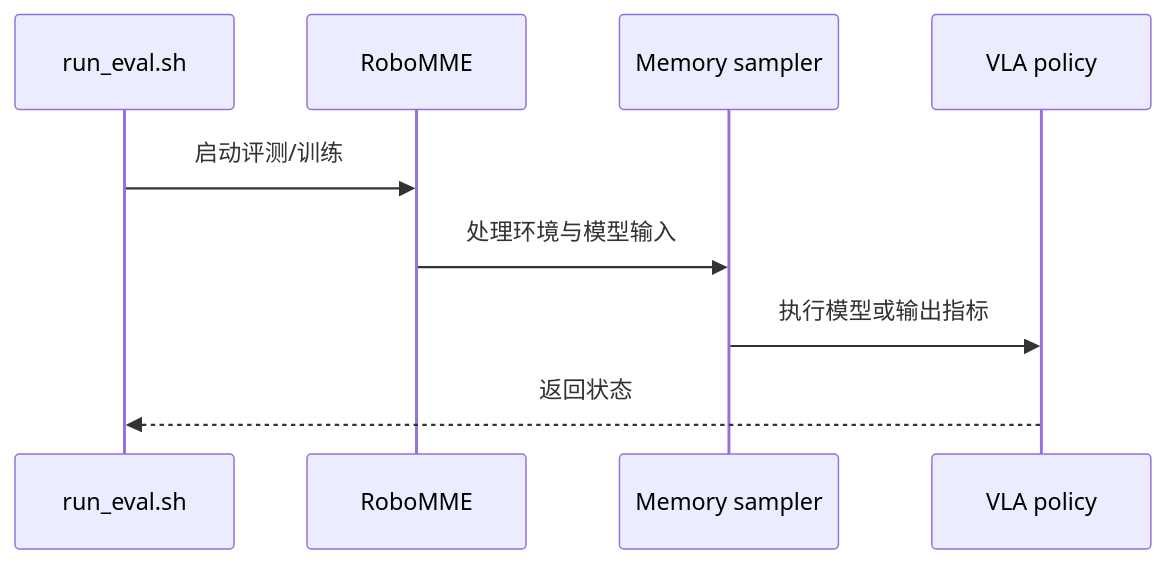
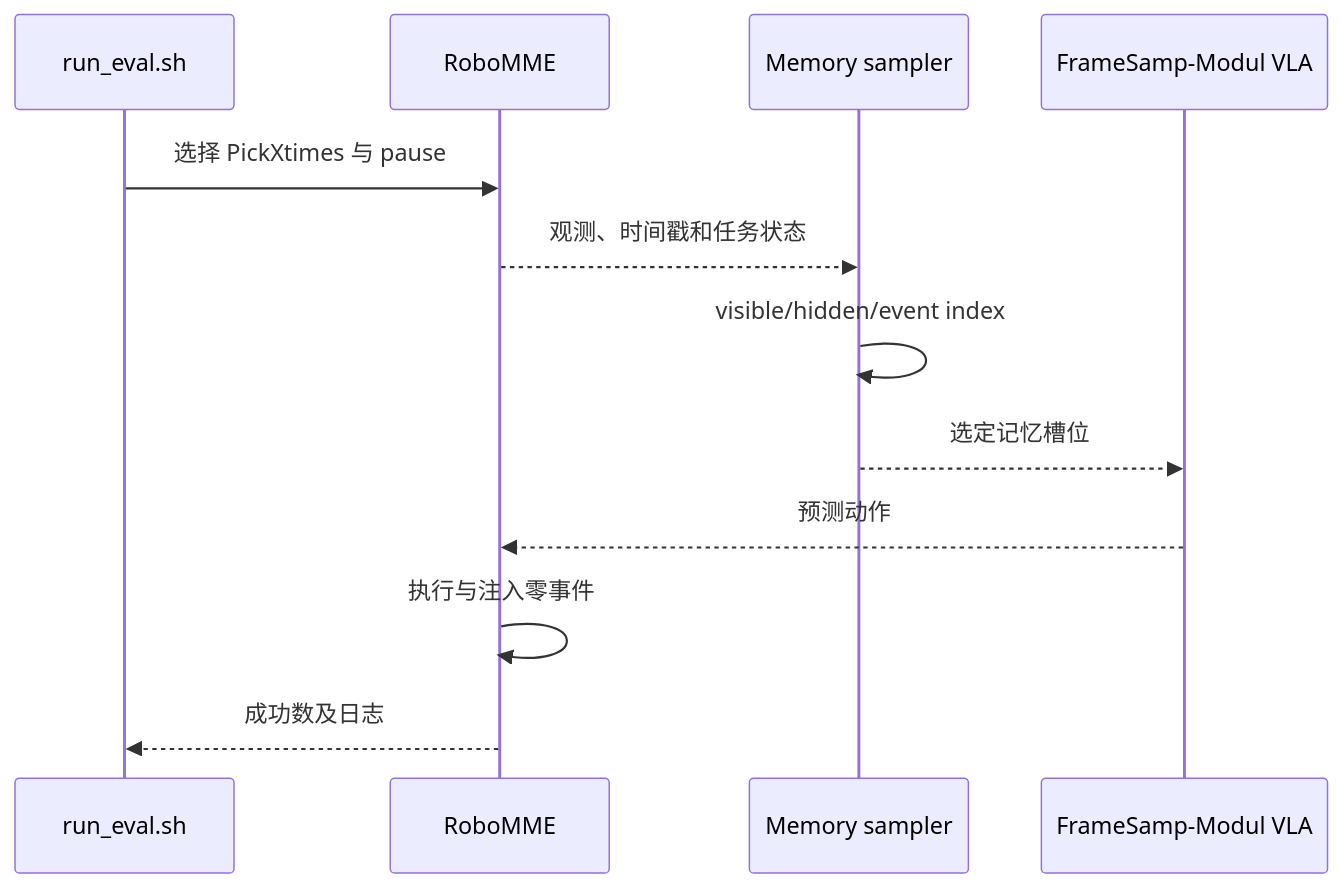
Before and after one commit to ImChong/Robotics_Notebooks: the second of 2 diagrams in wiki/entities/paper-memory-clock.md, drawn with Mermaid. The commit also changed other lines of this file and 5 other files, not shown here.

Commit message:
[2026-11-14] ingest | 复核 LEASH、Memory Clock、OnlyAct 论文全文与方法图

`````diff
--- a/wiki/entities/paper-memory-clock.md
+++ b/wiki/entities/paper-memory-clock.md
@@ -81,11 +81,14 @@
 ```mermaid
 sequenceDiagram
-  participant A0 as run_eval.sh
-  participant A1 as RoboMME
-  participant A2 as Memory sampler
-  participant A3 as VLA policy
-  A0->>A1: 启动评测/训练
-  A1->>A2: 处理环境与模型输入
-  A2->>A3: 执行模型或输出指标
-  A3-->>A0: 返回状态
-````
+  participant CLI as run_eval.sh
+  participant Sim as RoboMME
+  participant Mem as Memory sampler
+  participant Model as FrameSamp-Modul VLA
+  CLI->>Sim: 选择 PickXtimes 与 pause
+  Sim-->>Mem: 观测、时间戳和任务状态
+  Mem->>Mem: visible/hidden/event index
+  Mem-->>Model: 选定记忆槽位
+  Model-->>Sim: 预测动作
+  Sim->>Sim: 执行与注入零事件
+  Sim-->>CLI: 成功数及日志
+```
`````
